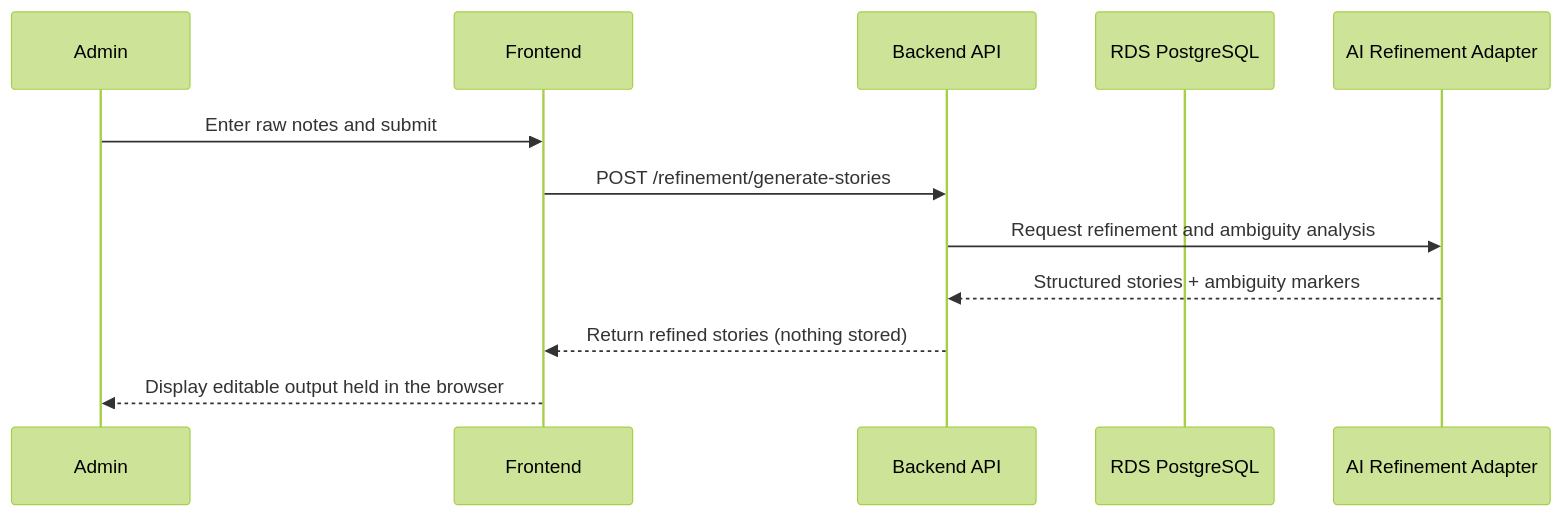
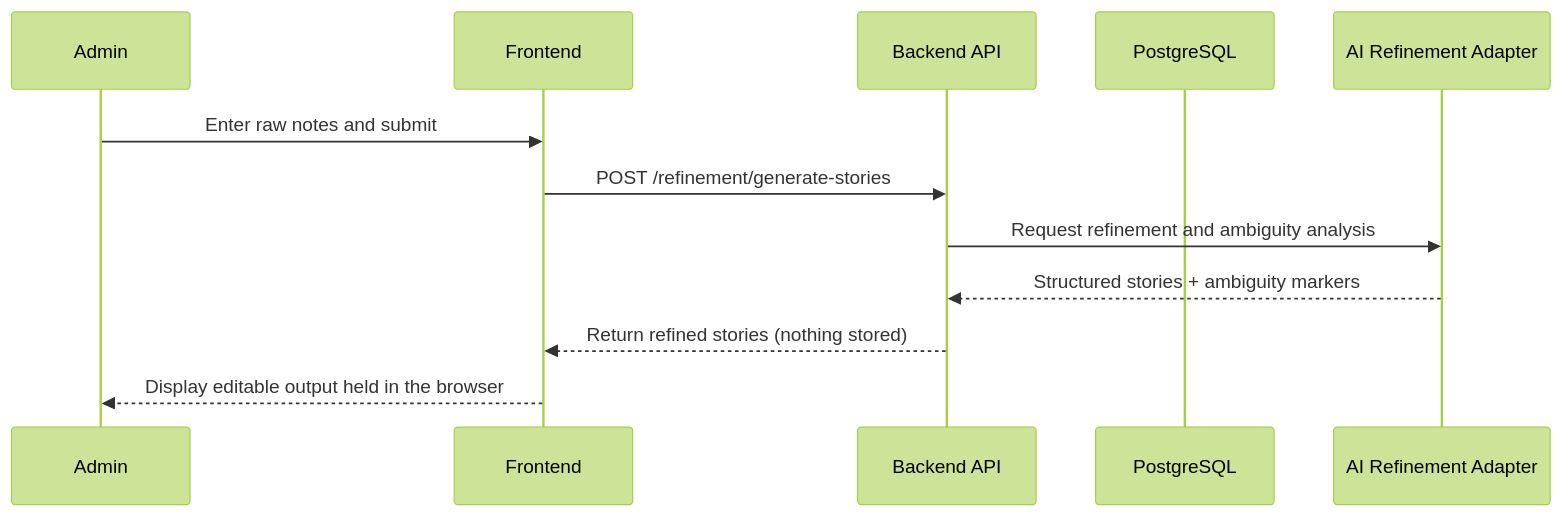
Before and after one commit to alonsovndev/open-projects-hub-docs: the second of 13 diagrams in docs/03-architecture/diagrams/sequence-diagrams.md, drawn with Mermaid (forest theme). The commit also changed other lines of this file and 14 other files, not shown here.

First line of the commit message:
docs(architecture): describe the deployed Cloudflare and EC2 stack

````diff
--- a/docs/03-architecture/diagrams/sequence-diagrams.md
+++ b/docs/03-architecture/diagrams/sequence-diagrams.md
@@ -64,15 +64,15 @@
 ```mermaid
 sequenceDiagram
     participant Admin
     participant FE as Frontend
     participant BE as Backend API
-    participant DB as RDS PostgreSQL
+    participant DB as PostgreSQL
     participant AI as AI Refinement Adapter
 
     Admin->>FE: Enter raw notes and submit
     FE->>BE: POST /refinement/generate-stories
     BE->>AI: Request refinement and ambiguity analysis
     AI-->>BE: Structured stories + ambiguity markers
     BE-->>FE: Return refined stories (nothing stored)
     FE-->>Admin: Display editable output held in the browser
 ```
````
